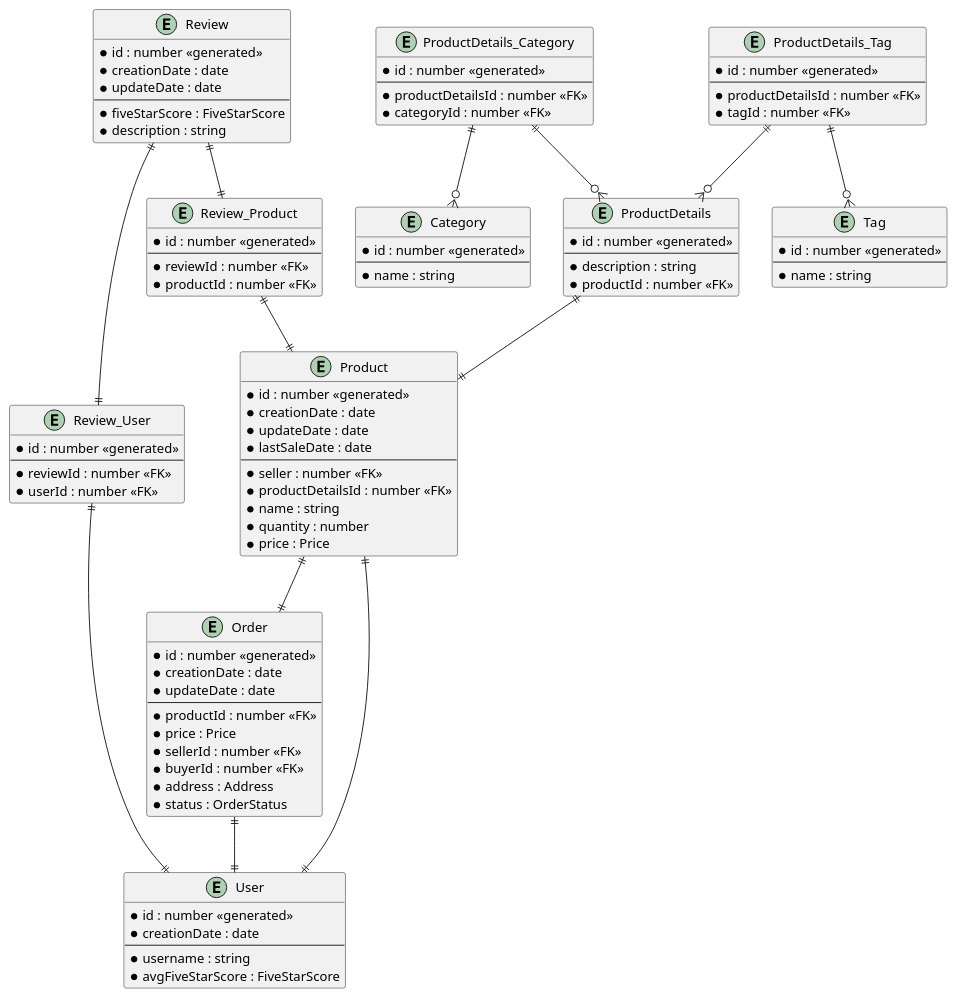
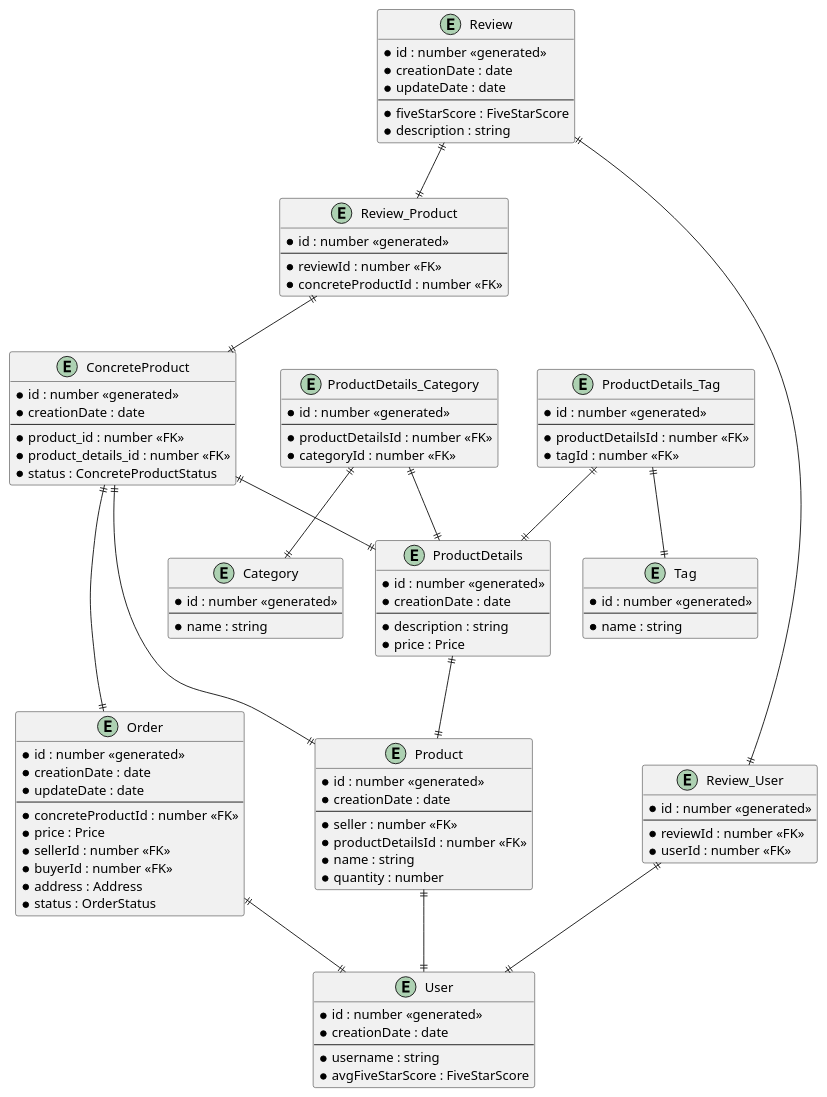
Before and after one commit to BartoszSocki/spring-sveltekit-oauth2-proof-of-concept: the diagram in uml/erd-db.plantuml, drawn with PlantUML. The commit also changed 1 other file, not shown here.

Commit message:
changed entity diagram + resource server db init completed

```diff
--- a/uml/erd-db.plantuml
+++ b/uml/erd-db.plantuml
@@ -1,106 +1,118 @@
 @startuml
 ' skinparam linetype ortho
 
 entity "Product" as product {
   *id : number <<generated>>
   *creationDate : date
-  *updateDate : date
-  *lastSaleDate : date
   --
   *seller : number <<FK>>
   *productDetailsId : number <<FK>>
   *name : string
   *quantity : number
-  *price : Price
 }
 
 entity "ProductDetails" as productDetails {
   *id : number <<generated>>
+  *creationDate : date
   --
   *description : string
-  *productId : number <<FK>>
+  *price : Price
+}
+
+entity "ConcreteProduct" as concreteProduct {
+  *id : number <<generated>>
+  *creationDate : date
+  --
+  *product_id : number <<FK>>
+  *product_details_id : number <<FK>>
+  *status : ConcreteProductStatus
 }
 
 entity "ProductDetails_Category" as productDetails_Category {
   *id : number <<generated>>
   --
   *productDetailsId : number <<FK>>
   *categoryId : number <<FK>>
 }
 
 entity "ProductDetails_Tag" as productDetails_Tag {
   *id : number <<generated>>
   --
   *productDetailsId : number <<FK>>
   *tagId : number <<FK>>
 }
 
 entity "Tag" as tag {
   *id : number <<generated>>
   --
   *name : string
 }
 
 entity "Category" as category {
   *id : number <<generated>>
   --
   *name : string
 }
 
 entity "Review" as review {
   *id : number <<generated>>
   *creationDate : date
   *updateDate : date
   --
   *fiveStarScore : FiveStarScore
   *description : string
 }
 
 entity "Review_Product" as review_Product {
   *id : number <<generated>>
   --
   *reviewId : number <<FK>>
-  *productId : number <<FK>>
+  *concreteProductId : number <<FK>>
 }
 
 entity "Review_User" as review_User {
   *id : number <<generated>>
   --
   *reviewId : number <<FK>>
   *userId : number <<FK>>
 }
 
 entity "User" as user {
   *id : number <<generated>>
-  *creationDate : date  
+  *creationDate : date
   --
   *username : string
   *avgFiveStarScore : FiveStarScore
 }
 
 entity "Order" as order {
   *id : number <<generated>>
   *creationDate : date
   *updateDate : date
   --
-  *productId : number <<FK>>
+  *concreteProductId : number <<FK>>
   *price : Price
   *sellerId : number <<FK>>
   *buyerId : number <<FK>>
   *address : Address
   *status : OrderStatus
 }
 
-productDetails_Tag ||--o{ tag
-productDetails_Tag ||--o{ productDetails
-productDetails_Category ||--o{ category
-productDetails_Category ||--o{ productDetails
+productDetails_Tag ||--|| tag
+productDetails_Tag ||--|| productDetails
+productDetails_Category ||--|| category
+productDetails_Category ||--|| productDetails
 productDetails ||--|| product
-review_Product ||--|| product
+
+review_Product ||--|| concreteProduct
 review_User ||--|| user
 review ||--|| review_User
 review ||--|| review_Product
+
 order ||--|| user
 product ||--|| user
-product ||--|| order
+
+concreteProduct ||--|| product
+concreteProduct ||--|| productDetails
+concreteProduct ||--|| order
 @enduml
```
